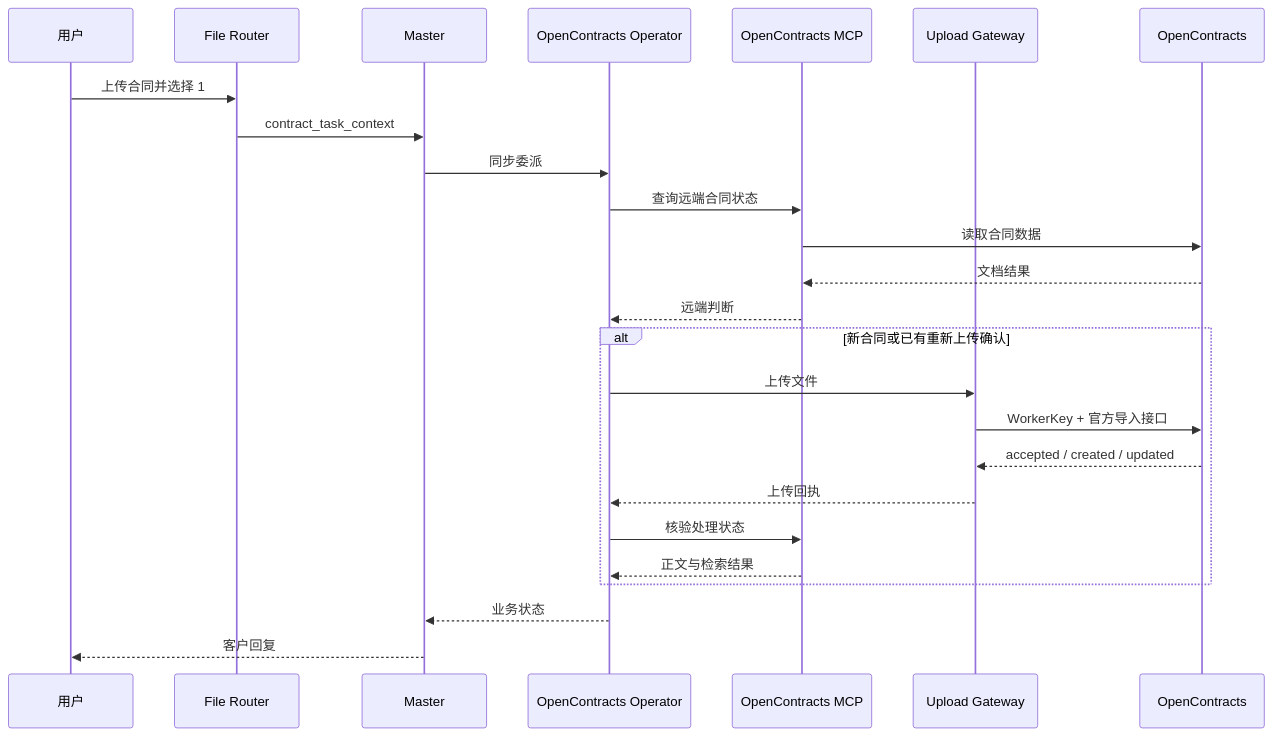
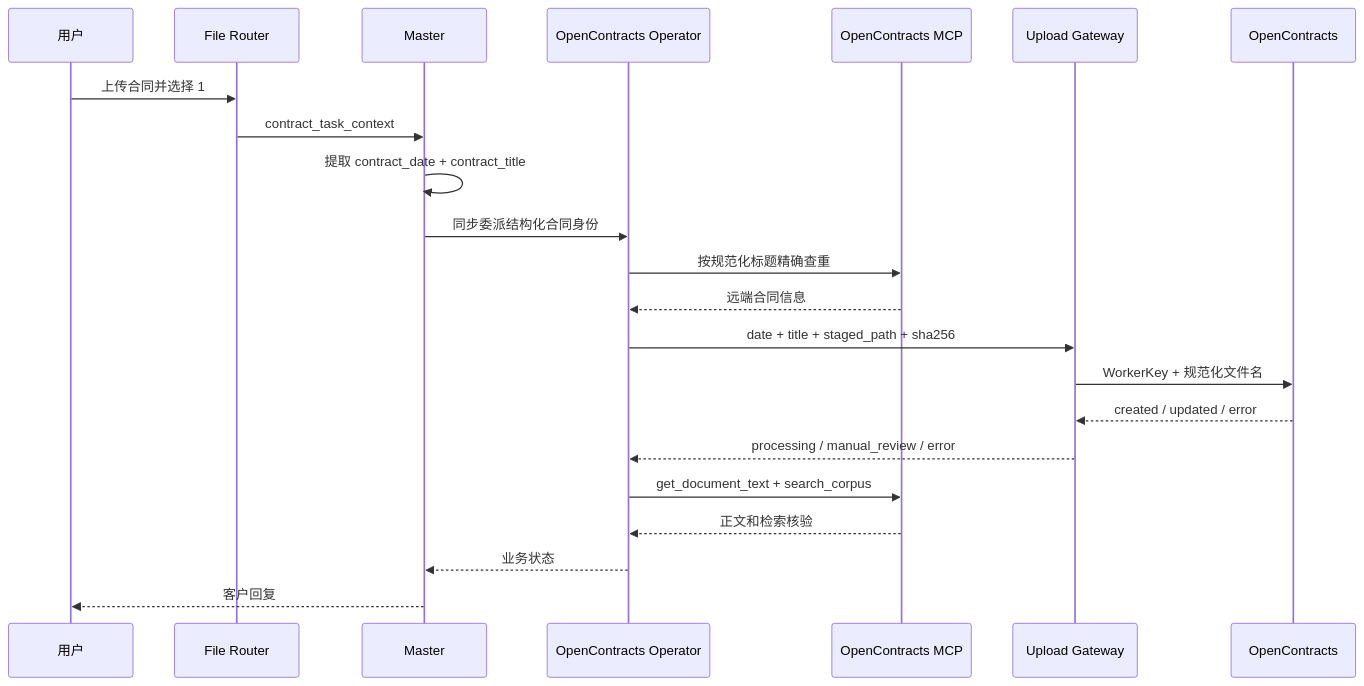
The second of 2 diagrams in README.md (Ri0n72Y/ContractBotConfig), drawn with Mermaid before and after one commit. The commit also changed other lines of this file and 43 other files, not shown here.

````diff
--- a/README.md
+++ b/README.md
@@ -166,28 +219,25 @@
 ```mermaid
 sequenceDiagram
     participant U as 用户
     participant R as File Router
     participant M as Master
     participant O as OpenContracts Operator
     participant MCP as OpenContracts MCP
     participant G as Upload Gateway
     participant OC as OpenContracts
 
     U->>R: 上传合同并选择 1
     R->>M: contract_task_context
-    M->>O: 同步委派
-    O->>MCP: 查询远端合同状态
-    MCP->>OC: 读取合同数据
-    OC-->>MCP: 文档结果
-    MCP-->>O: 远端判断
-    alt 新合同或已有重新上传确认
-        O->>G: 上传文件
-        G->>OC: WorkerKey + 官方导入接口
-        OC-->>G: accepted / created / updated
-        G-->>O: 上传回执
-        O->>MCP: 核验处理状态
-        MCP-->>O: 正文与检索结果
-    end
+    M->>M: 提取 contract_date + contract_title
+    M->>O: 同步委派结构化合同身份
+    O->>MCP: 按规范化标题精确查重
+    MCP-->>O: 远端合同信息
+    O->>G: date + title + staged_path + sha256
+    G->>OC: WorkerKey + 规范化文件名
+    OC-->>G: created / updated / error
+    G-->>O: processing / manual_review / error
+    O->>MCP: get_document_text + search_corpus
+    MCP-->>O: 正文和检索核验
     O-->>M: 业务状态
     M-->>U: 客户回复
 ```
````
